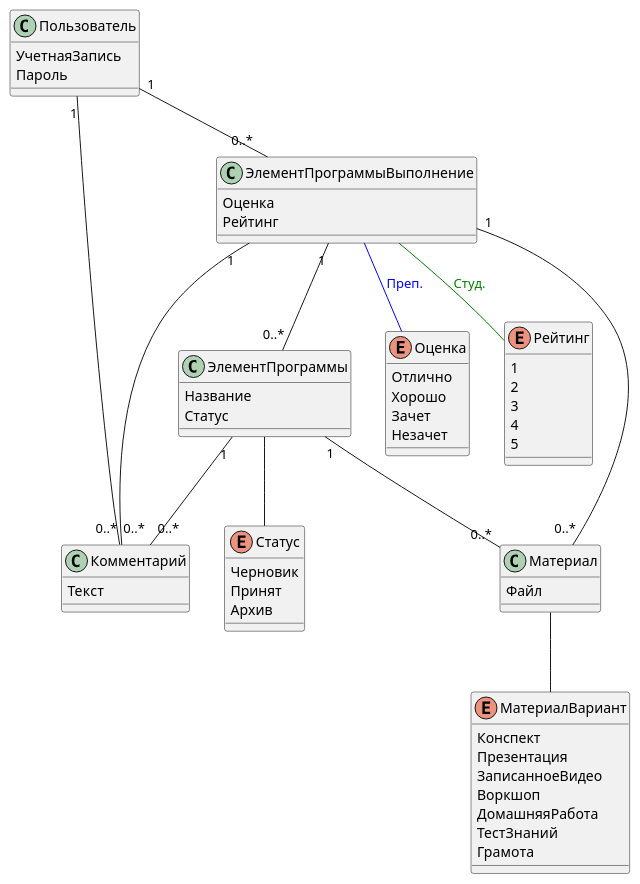
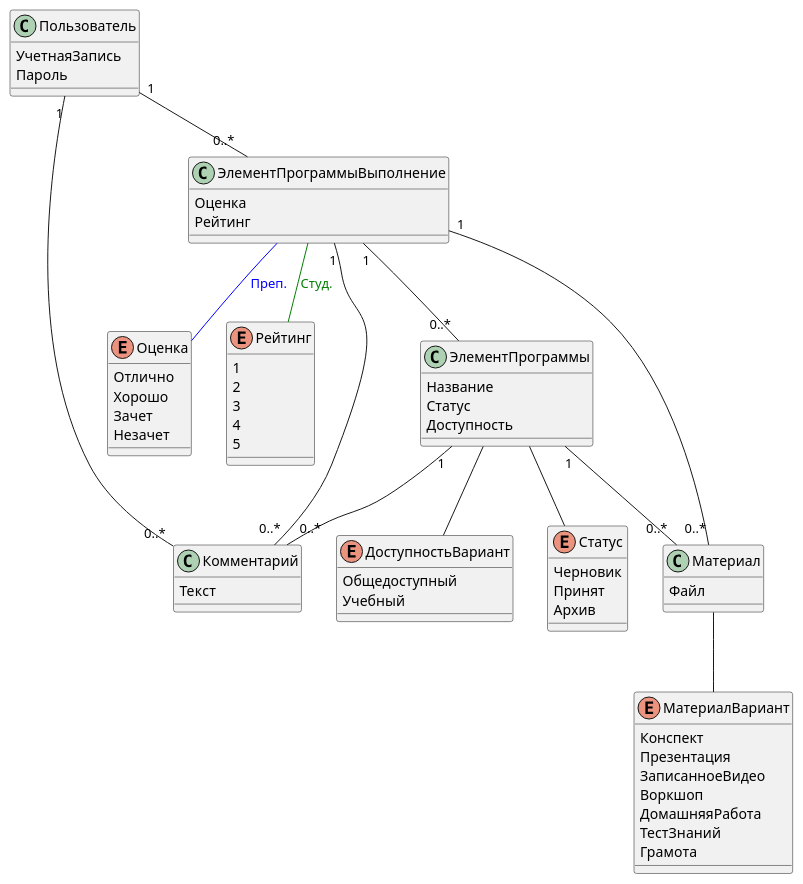
One commit to karpoftea/mts-kata-2023 changed the third of 3 diagrams in docs/domain/model.md. Above: the diagram before and after it, drawn with PlantUML. The commit also changed 1 other file, not shown here.

Commit message:
Добавил UC поиска куросв, учебы студента

```diff
--- a/docs/domain/model.md
+++ b/docs/domain/model.md
@@ -240,6 +240,15 @@
     {
         Название
         Статус
+        Доступность
+    }
+
+ЭлементПрограммы -- ДоступностьВариант
+
+enum ДоступностьВариант
+    {
+        Общедоступный
+        Учебный
     }
 
 ЭлементПрограммы -- Статус
```
